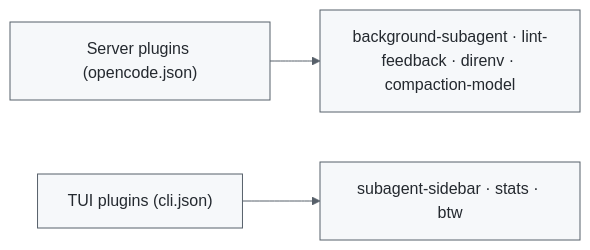
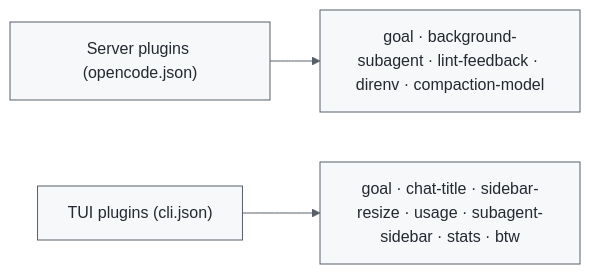
One commit to qunqin24/opendock changed the diagram in src/data/readme/madsoftwaredev--opencode-btw.md. Above: the diagram before and after it, drawn with Mermaid. The commit also changed other lines of this file and 122 other files, not shown here.

````diff
--- a/src/data/readme/madsoftwaredev--opencode-btw.md
+++ b/src/data/readme/madsoftwaredev--opencode-btw.md
@@ -26,6 +26,6 @@
 ```mermaid
 %%{init: {'theme': 'base', 'themeVariables': {'primaryColor': '#f6f8fa', 'primaryBorderColor': '#57606a', 'primaryTextColor': '#24292f', 'lineColor': '#57606a'}}}%%
 flowchart LR
-    S["Server plugins (opencode.json)"] --> A["background-subagent · lint-feedback · direnv · compaction-model"]
-    T["TUI plugins (cli.json)"] --> B["subagent-sidebar · stats · btw"]
+    S["Server plugins (opencode.json)"] --> A["goal · background-subagent · lint-feedback · direnv · compaction-model"]
+    T["TUI plugins (cli.json)"] --> B["goal · chat-title · sidebar-resize · usage · subagent-sidebar · stats · btw"]
 ```
````
